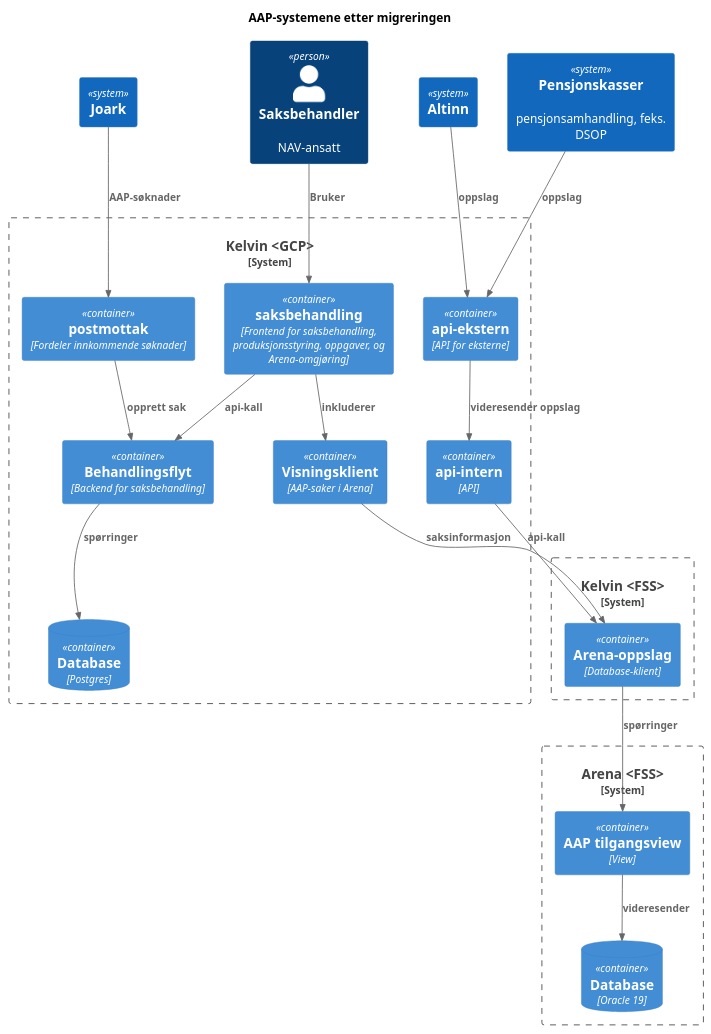
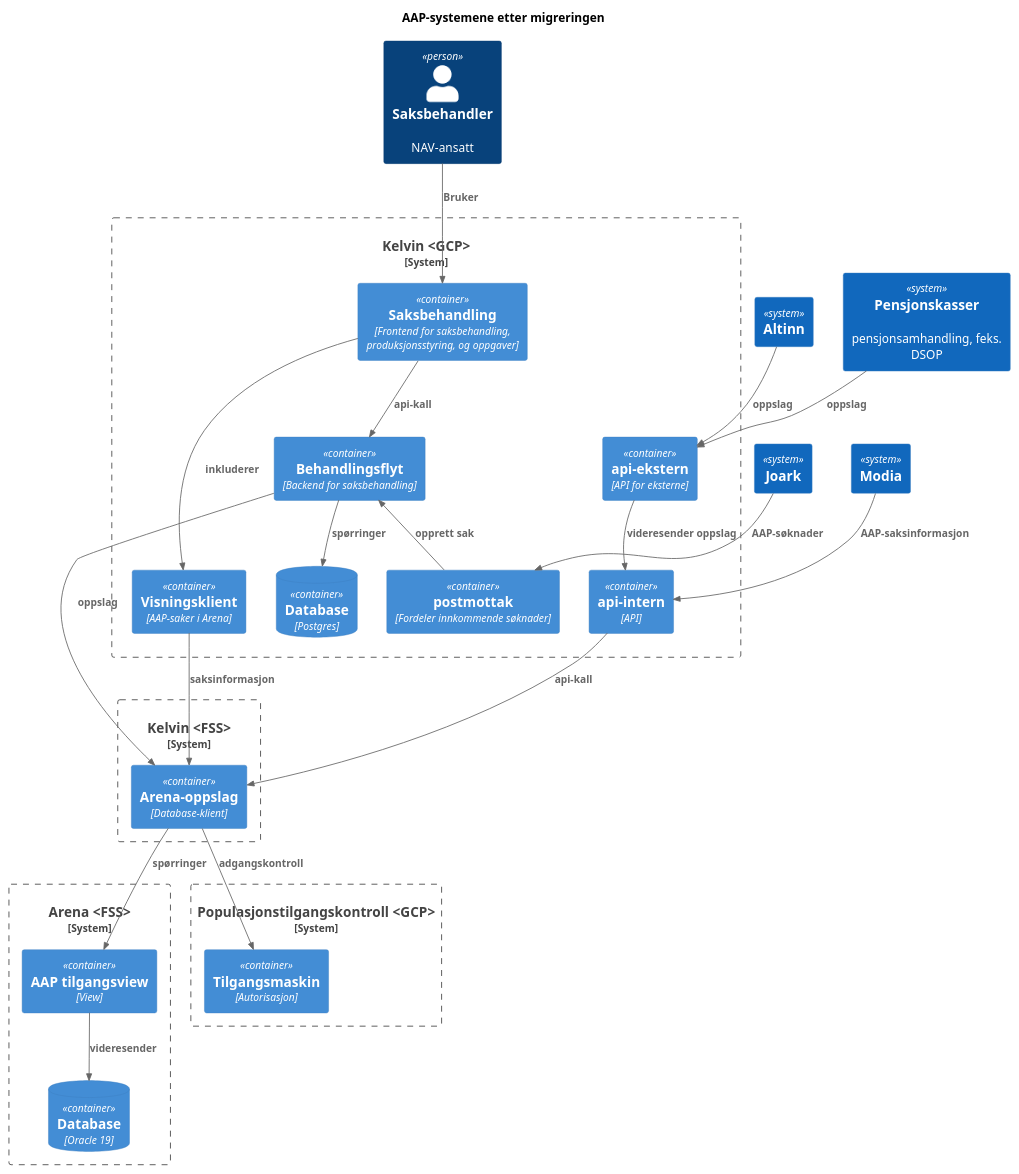
Before and after one commit to navikt/aap-arenaoppslag: the diagram in docs/component_overview_after.plantuml, drawn with PlantUML.

Commit message:
doc: Oppdater diagram [AAP-BAU] (#628)
* Oppdater diagram, og ta med Modia og Tilgangsmaskin

```diff
--- a/docs/component_overview_after.plantuml
+++ b/docs/component_overview_after.plantuml
@@ -1,52 +1,65 @@
 @startuml
 !include https://raw.githubusercontent.com/plantuml-stdlib/C4-PlantUML/master/C4_Container.puml
 title AAP-systemene etter migreringen
 
 System(joark, "Joark")
 System(altinn, "Altinn")
 System(pensjonkasser, "Pensjonskasser", "pensjonsamhandling, feks. DSOP")
+System(modia, "Modia", "")
 Person(saksbehandler, "Saksbehandler", "NAV-ansatt")
 
 System_Boundary(kelvin, "Kelvin <GCP>") {
-    Container(postmottak, "postmottak", "Fordeler innkommende søknader")
-    Container(saksbehandling_kelvin, "saksbehandling", "Frontend for saksbehandling, produksjonsstyring, oppgaver, og Arena-omgjøring")
-    Container(behandlingsflyt, "Behandlingsflyt", "Backend for saksbehandling")
-    Container(api_intern, "api-intern", "API")
-    Container(api_ekstern, "api-ekstern", "API for eksterne")
-    ContainerDb(kelvin_db, "Database", "Postgres")
-
-    Container(visningsklient, "Visningsklient", "AAP-saker i Arena")
-
-    Rel(api_ekstern, api_intern, "videresender oppslag")
+    together {
+        Container(postmottak, "postmottak", "Fordeler innkommende søknader")
+        Container(saksbehandling_kelvin, "Saksbehandling", "Frontend for saksbehandling, produksjonsstyring, og oppgaver")
+        Container(behandlingsflyt, "Behandlingsflyt", "Backend for saksbehandling")
+        ContainerDb(kelvin_db, "Database", "Postgres")
+        Container(visningsklient, "Visningsklient", "AAP-saker i Arena")
+    }
+    together {
+        Container(api_ekstern, "api-ekstern", "API for eksterne")
+        Container(api_intern, "api-intern", "API")
+    }
+    Rel_D(api_ekstern, api_intern, "videresender oppslag")
     Rel(saksbehandling_kelvin, behandlingsflyt, "api-kall")
     Rel(behandlingsflyt, kelvin_db, "spørringer")
+    Rel(modia, api_intern, "AAP-saksinformasjon")
+
     Rel(postmottak, behandlingsflyt, "opprett sak")
 }
 
 System_Boundary(arena, "Arena <FSS>") {
     ContainerDb(arena_db, "Database", "Oracle 19")
     Container(aap_tilgangsview, "AAP tilgangsview", "View")
     Rel(aap_tilgangsview, arena_db, "videresender")
 }
 
 System_Boundary(kelvin_fss, "Kelvin <FSS>") {
     Container(arena_oppslag, "Arena-oppslag", "Database-klient")
 
+
     Rel(arena_oppslag, aap_tilgangsview, "spørringer")
 
     Rel(api_intern, arena_oppslag, "api-kall")
+}
+
+System_Boundary(tilgangsmaskin_gcp, "Populasjonstilgangskontroll <GCP>") {
+    Container(tilgangsmaskin, "Tilgangsmaskin", "Autorisasjon")
+    Rel(arena_oppslag, tilgangsmaskin, "adgangskontroll")
 }
 
 Rel(pensjonkasser, api_ekstern, "oppslag")
 Rel(joark, postmottak, "AAP-søknader")
 Rel(altinn, api_ekstern, "oppslag")
 
 Rel(visningsklient, arena_oppslag, "saksinformasjon")
-
+Rel(behandlingsflyt, arena_oppslag, "oppslag")
 
 Rel(saksbehandler, saksbehandling_kelvin, "Bruker")
 Rel(saksbehandling_kelvin, visningsklient, "inkluderer")
 
 Lay_L(postmottak, saksbehandling_kelvin)
 Lay_U(kelvin_db, behandlingsflyt)
+Lay_R(visningsklient, api_intern)
+Lay_R(saksbehandling_kelvin, api_ekstern)
 @enduml
```
